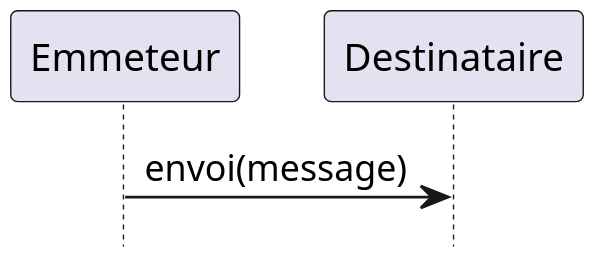
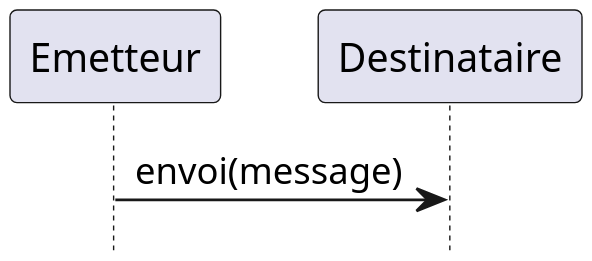
One commit to thomasGuibert/Cours-Design changed the diagram in S3/assets/plantuml/Envoi.plantuml. Above: the diagram before and after it, drawn with PlantUML. The commit also changed 9 other files, not shown here.

Commit message:
fix emmeteur to emetteur

```diff
--- a/S3/assets/plantuml/Envoi.plantuml
+++ b/S3/assets/plantuml/Envoi.plantuml
@@ -1,7 +1,7 @@
 @startuml Envoi
 scale 600*600
 hide footbox
 
-Emmeteur -> Destinataire: envoi(message)
+Emetteur -> Destinataire: envoi(message)
 
 @enduml
```
